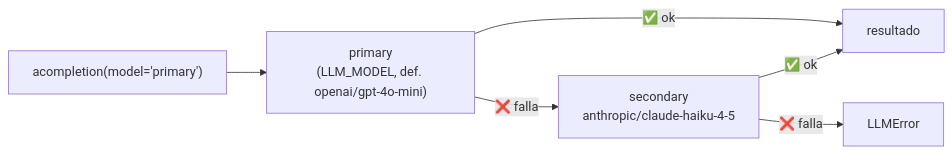
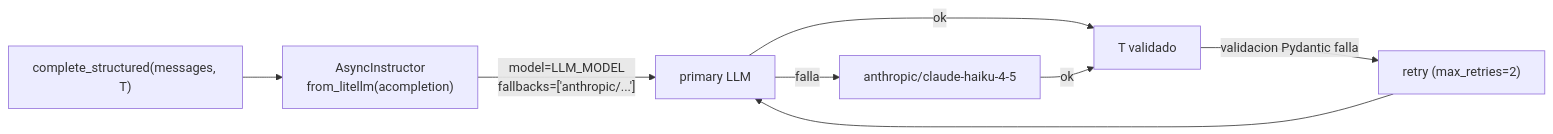
One commit to salvalcaraz080/LIDR-RAG-master changed the sixth of 11 diagrams in ARCHITECTURE.md. Above: the diagram before and after it, drawn with Mermaid. The commit also changed other lines of this file and 19 other files, not shown here.

First line of the commit message:
feat: sesión 04 B3+B4 — structured outputs (Instructor) y guardrails

````diff
--- a/ARCHITECTURE.md
+++ b/ARCHITECTURE.md
@@ -355,8 +379,10 @@
 ```mermaid
 flowchart LR
-    call["acompletion(model='primary')"] --> primary["primary<br/>(LLM_MODEL, def. openai/gpt-4o-mini)"]
-    primary -->|"✅ ok"| ret[resultado]
-    primary -->|"❌ falla"| secondary["secondary<br/>anthropic/claude-haiku-4-5"]
-    secondary -->|"✅ ok"| ret
-    secondary -->|"❌ falla"| err["LLMError"]
+    call["complete_structured(messages, T)"] --> instructor["AsyncInstructor<br/>from_litellm(acompletion)"]
+    instructor -->|"model=LLM_MODEL<br/>fallbacks=['anthropic/...']"| primary["primary LLM"]
+    primary -->|"ok"| validated["T validado"]
+    primary -->|"falla"| secondary["anthropic/claude-haiku-4-5"]
+    secondary -->|"ok"| validated
+    validated -->|"validacion Pydantic falla"| retry["retry (max_retries=2)"]
+    retry --> primary
 ```
````
